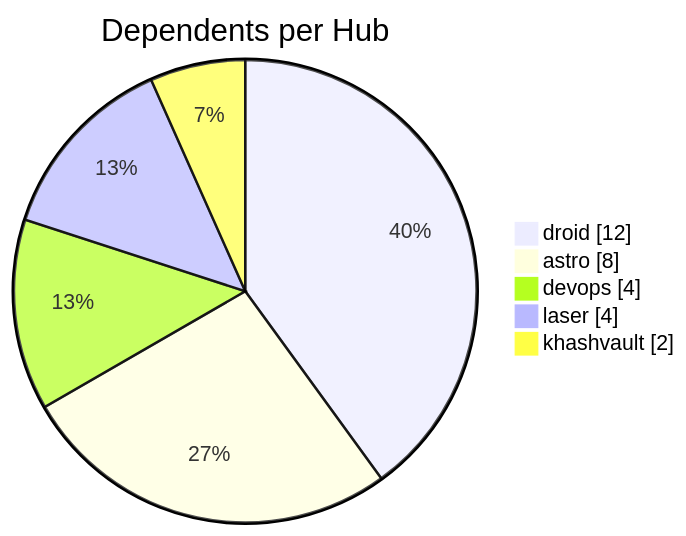
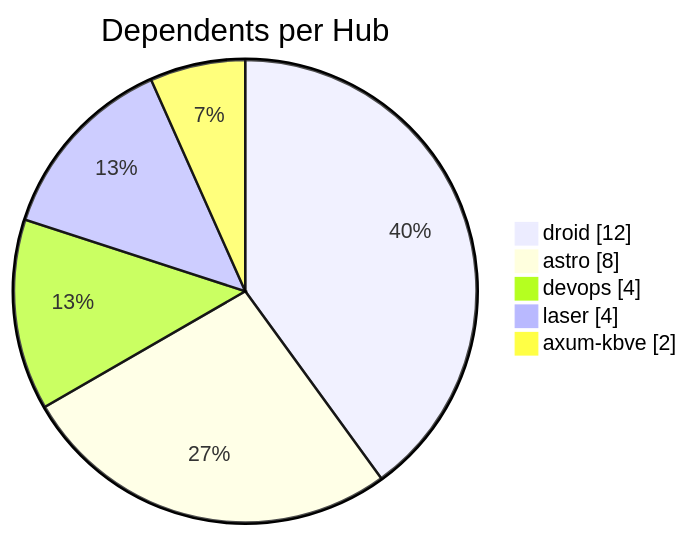
Before and after one commit to KBVE/kbve: the second of 3 diagrams in apps/kbve/astro-kbve/src/content/docs/dashboard/graph.mdx, drawn with Mermaid. The commit also changed other lines of this file and 8 other files, not shown here.

````diff
--- a/apps/kbve/astro-kbve/src/content/docs/dashboard/graph.mdx
+++ b/apps/kbve/astro-kbve/src/content/docs/dashboard/graph.mdx
@@ -66,9 +66,9 @@
 ```mermaid
 pie showData
     title Dependents per Hub
     "droid" : 12
     "astro" : 8
     "devops" : 4
     "laser" : 4
-    "khashvault" : 2
+    "axum-kbve" : 2
 ```
````
